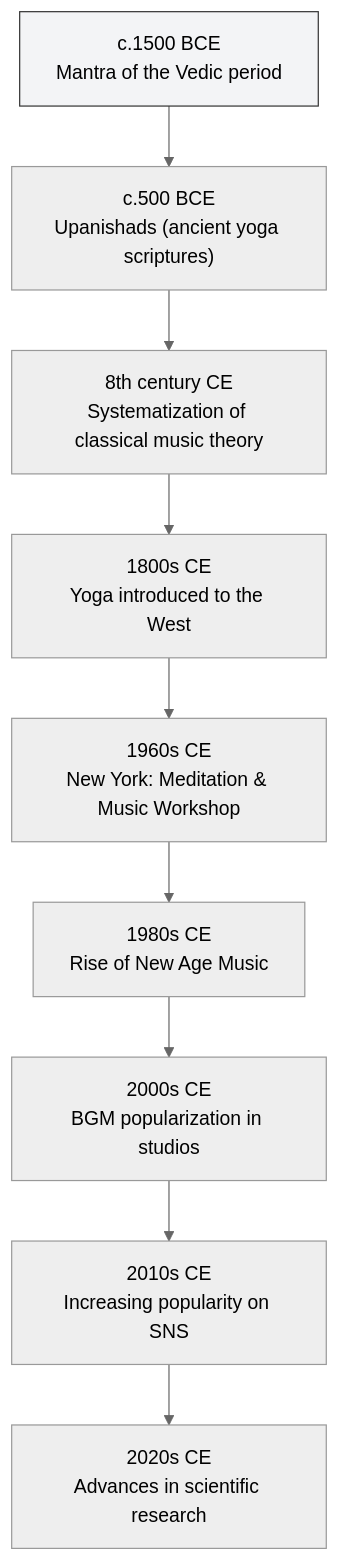
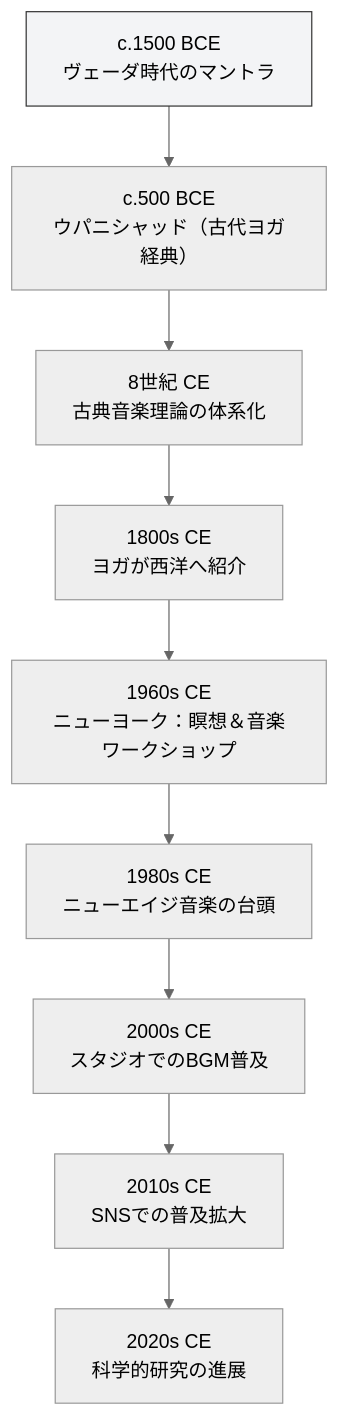
One commit to monumental-movement/monumental-movement.github.io changed the third of 4 diagrams in en/_posts/2025-11-09-column-yoga-music.md. Above: the diagram before and after it, drawn with Mermaid (neutral theme). The commit also changed other lines of this file and 2196 other files, not shown here.

```diff
--- a/en/_posts/2025-11-09-column-yoga-music.md
+++ b/en/_posts/2025-11-09-column-yoga-music.md
@@ -192,14 +192,14 @@
 <div class="mermaid">
 
 flowchart TD
     style A fill:#f3f4f6,stroke:#333,stroke-width:1px
-    A["c.1500 BCE<br>Mantra of the Vedic period"] --> B["c.500 BCE<br>Upanishads (ancient yoga scriptures)"]
-    B --> C["8th century CE<br>Systematization of classical music theory"]
-    C --> D["1800s CE<br>Yoga introduced to the West"]
-    D --> E["1960s CE<br>New York: Meditation & Music Workshop"]
-    E --> F["1980s CE<br>Rise of New Age Music"]
-    F --> G["2000s CE<br>BGM popularization in studios"]
-    G --> H["2010s CE<br>Increasing popularity on SNS"]
-    H --> I["2020s CE<br>Advances in scientific research"]
+    A["c.1500 BCE<br>ヴェーダ時代のマントラ"] --> B["c.500 BCE<br>ウパニシャッド（古代ヨガ経典）"]
+    B --> C["8世紀 CE<br>古典音楽理論の体系化"]
+    C --> D["1800s CE<br>ヨガが西洋へ紹介"]
+    D --> E["1960s CE<br>ニューヨーク：瞑想＆音楽ワークショップ"]
+    E --> F["1980s CE<br>ニューエイジ音楽の台頭"]
+    F --> G["2000s CE<br>スタジオでのBGM普及"]
+    G --> H["2010s CE<br>SNSでの普及拡大"]
+    H --> I["2020s CE<br>科学的研究の進展"]
 
 </div>
```
